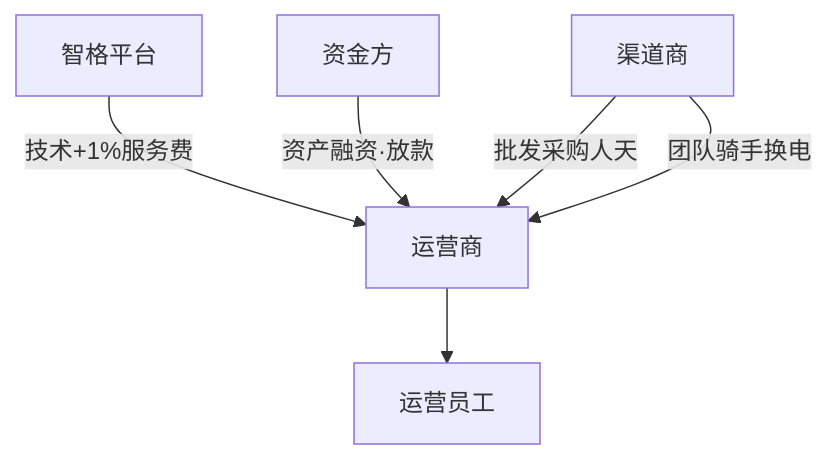
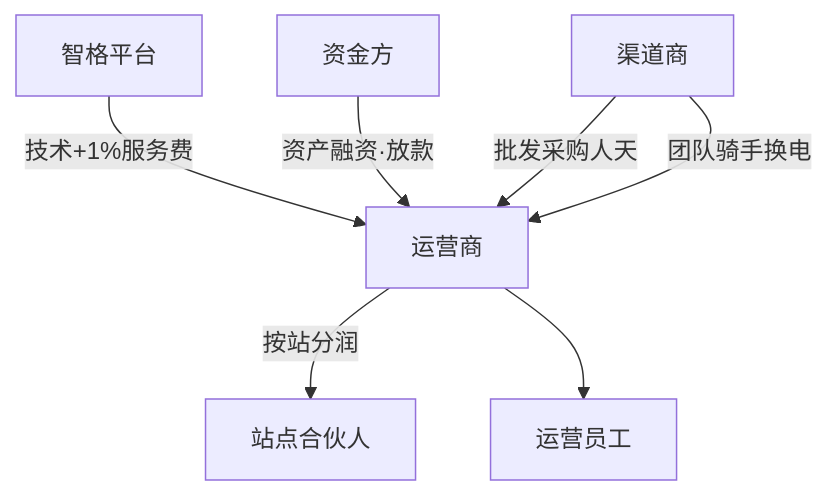
Before and after one commit to liudali/rider-swap-operator-prototype: the second of 18 diagrams in docs/documentation/md/功能结构与业务流程.md, drawn with Mermaid. The commit also changed other lines of this file and 60 other files, not shown here.

````diff
--- a/docs/documentation/md/功能结构与业务流程.md
+++ b/docs/documentation/md/功能结构与业务流程.md
@@ -38,14 +38,16 @@
 ```mermaid
 flowchart TB
   Plat[智格平台]
   Lease[资金方]
   OP[运营商]
   CH[渠道商]
+  SP[站点合伙人]
   Staff[运营员工]
 
   Plat -->|技术+1%服务费| OP
   Lease -->|资产融资·放款| OP
   CH -->|批发采购人天| OP
+  OP -->|按站分润| SP
   OP --> Staff
   CH -->|团队骑手换电| OP
 ```
````
